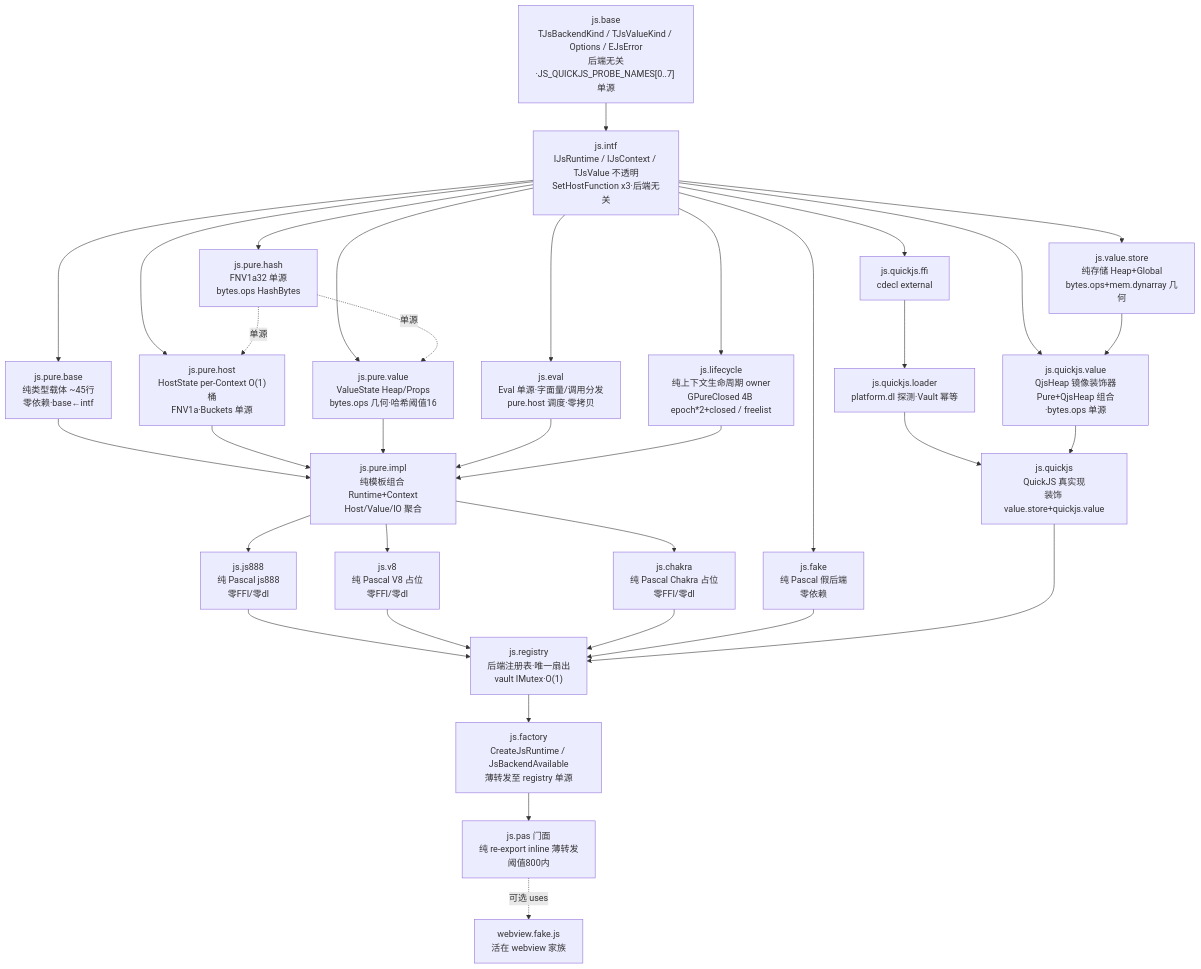
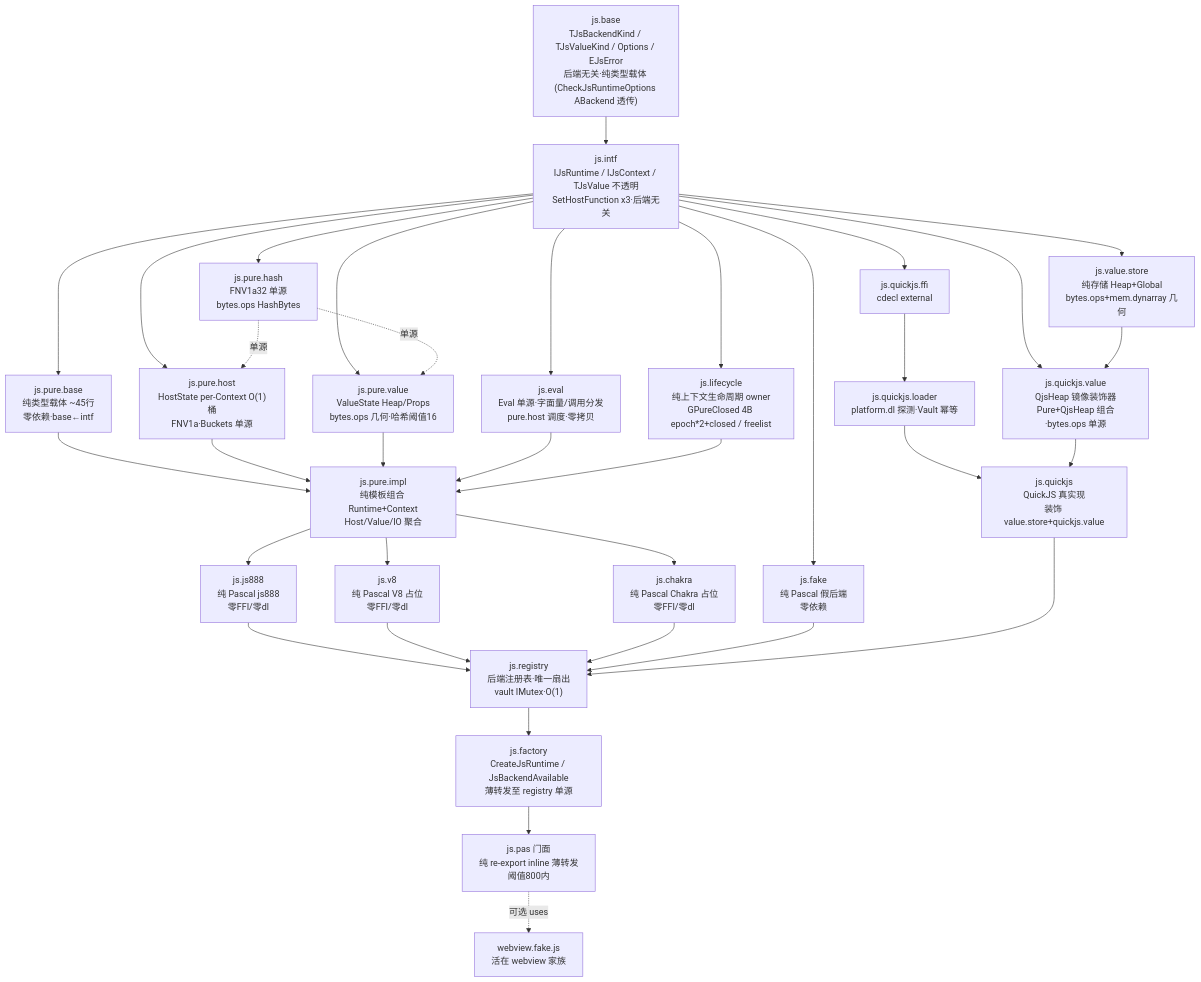
The diagram in core/docs/js/DESIGN.md (dtamade/nextPas), drawn with Mermaid before and after one commit. The commit also changed other lines of this file and 12 other files, not shown here.

````diff
--- a/core/docs/js/DESIGN.md
+++ b/core/docs/js/DESIGN.md
@@ -9,49 +9,49 @@
 ```mermaid
 flowchart TB
-  base["js.base<br/>TJsBackendKind / TJsValueKind / Options / EJsError<br/>后端无关·JS_QUICKJS_PROBE_NAMES[0..7] 单源"]
+  base["js.base<br/>TJsBackendKind / TJsValueKind / Options / EJsError<br/>后端无关·纯类型载体 (CheckJsRuntimeOptions ABackend 透传)"]
   intf["js.intf<br/>IJsRuntime / IJsContext / TJsValue 不透明<br/>SetHostFunction x3·后端无关"]
   lifecycle["js.lifecycle<br/>纯上下文生命周期 owner<br/>GPureClosed 4B epoch*2+closed / freelist"]
   vstore["js.value.store<br/>纯存储 Heap+Global<br/>bytes.ops+mem.dynarray 几何"]
   qvalue["js.quickjs.value<br/>QjsHeap 镜像装饰器<br/>Pure+QjsHeap 组合·bytes.ops 单源"]
   fake["js.fake<br/>纯 Pascal 假后端<br/>零依赖"]
   ffi["js.quickjs.ffi<br/>cdecl external"]
   loader["js.quickjs.loader<br/>platform.dl 探测·Vault 幂等"]
   qjs["js.quickjs<br/>QuickJS 真实现<br/>装饰 value.store+quickjs.value"]
   phost["js.pure.host<br/>HostState per-Context O(1)桶<br/>FNV1a·Buckets 单源"]
   pvalue["js.pure.value<br/>ValueState Heap/Props<br/>bytes.ops 几何·哈希阈值16"]
   phash["js.pure.hash<br/>FNV1a32 单源<br/>bytes.ops HashBytes"]
   eval["js.eval<br/>Eval 单源·字面量/调用分发<br/>pure.host 调度·零拷贝"]
   pbase["js.pure.base<br/>纯类型载体 ~45行<br/>零依赖·base←intf"]
   pimpl["js.pure.impl<br/>纯模板组合 Runtime+Context<br/>Host/Value/IO 聚合"]
   js888["js.js888<br/>纯 Pascal js888<br/>零FFI/零dl"]
   v8["js.v8<br/>纯 Pascal V8 占位<br/>零FFI/零dl"]
   chakra["js.chakra<br/>纯 Pascal Chakra 占位<br/>零FFI/零dl"]
   registry["js.registry<br/>后端注册表·唯一扇出<br/>vault IMutex·O(1)"]
   factory["js.factory<br/>CreateJsRuntime / JsBackendAvailable<br/>薄转发至 registry 单源"]
   facade["js.pas 门面<br/>纯 re-export inline 薄转发<br/>阈值800内"]
   base --> intf
   intf --> lifecycle
   intf --> vstore
   intf --> qvalue
   intf --> fake
   intf --> ffi --> loader --> qjs
   intf --> phost
   intf --> pvalue
   intf --> phash
   intf --> eval
   intf --> pbase --> pimpl
   phost --> pimpl
   pvalue --> pimpl
   phash -. 单源 .-> phost
   phash -. 单源 .-> pvalue
   eval --> pimpl
   lifecycle --> pimpl
   vstore --> qvalue --> qjs
   pimpl --> js888 --> registry
   pimpl --> v8 --> registry
   pimpl --> chakra --> registry
   fake --> registry
   qjs --> registry
   registry --> factory --> facade
   facade -. "可选 uses" .-> webview["webview.fake.js<br/>活在 webview 家族"]
 ```
````
